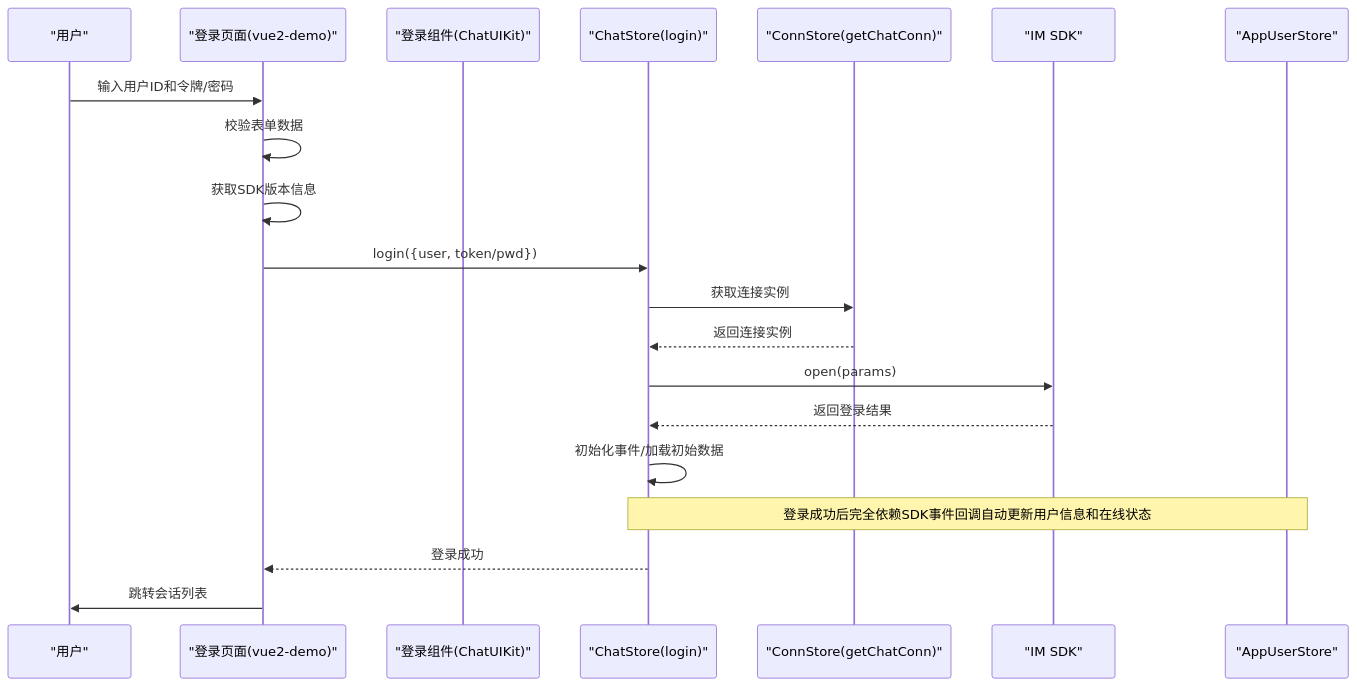
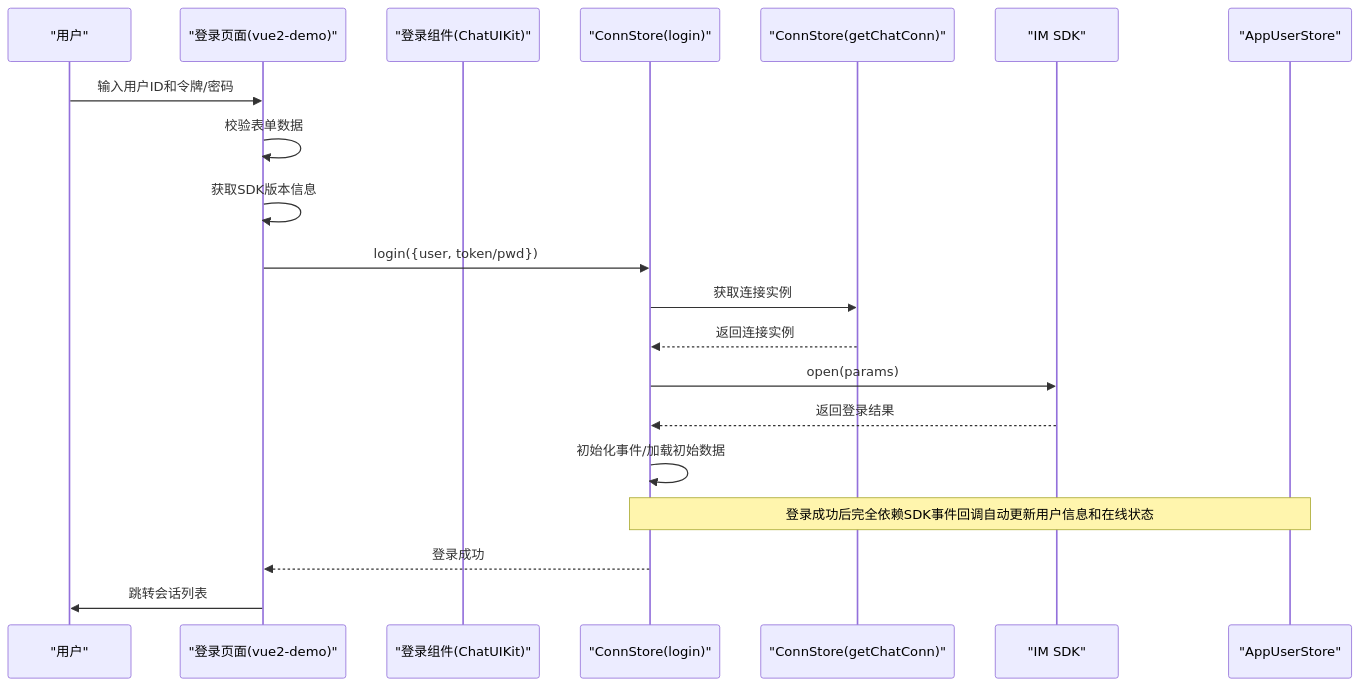
One commit to Easemob-Community/easemob-uikit-uniapp-community changed the second of 3 diagrams in .qoder/repowiki/zh/content/示例应用/登录页面.md. Above: the diagram before and after it, drawn with Mermaid. The commit also changed other lines of this file and 11 other files, not shown here.

````diff
--- a/.qoder/repowiki/zh/content/示例应用/登录页面.md
+++ b/.qoder/repowiki/zh/content/示例应用/登录页面.md
@@ -139,22 +138,22 @@
 ```mermaid
 sequenceDiagram
 participant U as "用户"
 participant LP as "登录页面(vue2-demo)"
 participant LC as "登录组件(ChatUIKit)"
-participant S as "ChatStore(login)"
+participant S as "ConnStore(login)"
 participant C as "ConnStore(getChatConn)"
 participant SDK as "IM SDK"
 participant AU as "AppUserStore"
 U->>LP : 输入用户ID和令牌/密码
 LP->>LP : 校验表单数据
 LP->>LP : 获取SDK版本信息
 LP->>S : login({user, token/pwd})
 S->>C : 获取连接实例
 C-->>S : 返回连接实例
 S->>SDK : open(params)
 SDK-->>S : 返回登录结果
 S->>S : 初始化事件/加载初始数据
 Note over S,AU : 登录成功后完全依赖SDK事件回调自动更新用户信息和在线状态
 S-->>LP : 登录成功
 LP->>U : 跳转会话列表
 ```
````
